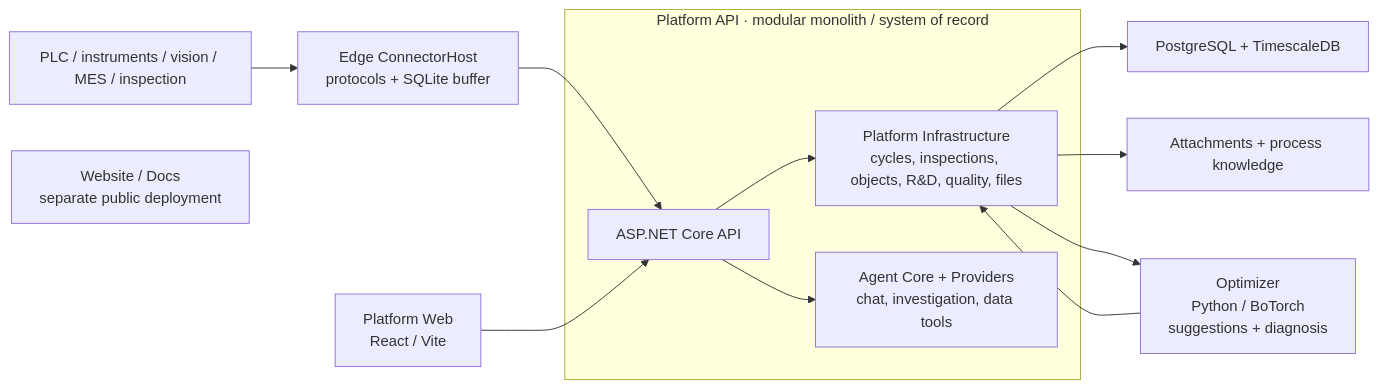
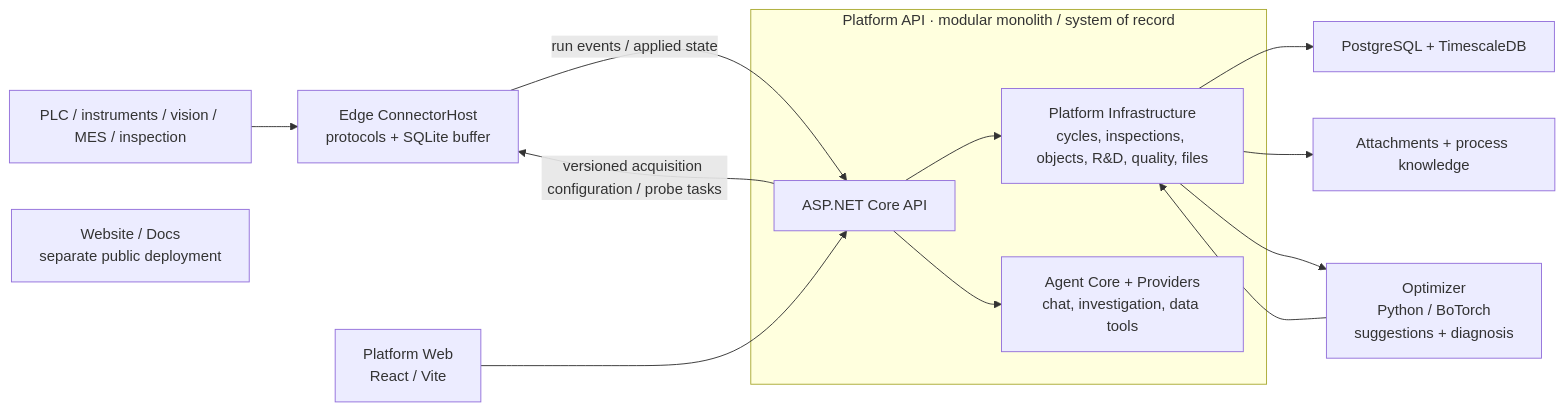
Before and after one commit to liuweichaox/Ingot: the diagram in docs/design.en.md, drawn with Mermaid. The commit also changed other lines of this file and 80 other files, not shown here.

First line of the commit message:
Acquisition: MQTT multi-topic & probe tasks

````diff
--- a/docs/design.en.md
+++ b/docs/design.en.md
@@ -31,21 +33,22 @@
 ```mermaid
 flowchart LR
     Sources["PLC / instruments / vision / MES / inspection"] --> Connector["Edge ConnectorHost\nprotocols + SQLite buffer"]
 
     subgraph Platform["Platform API · modular monolith / system of record"]
         API["ASP.NET Core API"]
         Business["Platform Infrastructure\ncycles, inspections, objects, R&D, quality, files"]
         Agent["Agent Core + Providers\nchat, investigation, data tools"]
         API --> Business
         API --> Agent
     end
 
-    Connector --> API
+    API -->|"versioned acquisition configuration / probe tasks"| Connector
+    Connector -->|"run events / applied state"| API
     Web["Platform Web\nReact / Vite"] --> API
     Business --> DB["PostgreSQL + TimescaleDB"]
     Business --> Files["Attachments + process knowledge"]
     Business --> Optimizer["Optimizer\nPython / BoTorch\nsuggestions + diagnosis"]
     Optimizer --> Business
 
     Public["Website / Docs\nseparate public deployment"]
 ```
````
